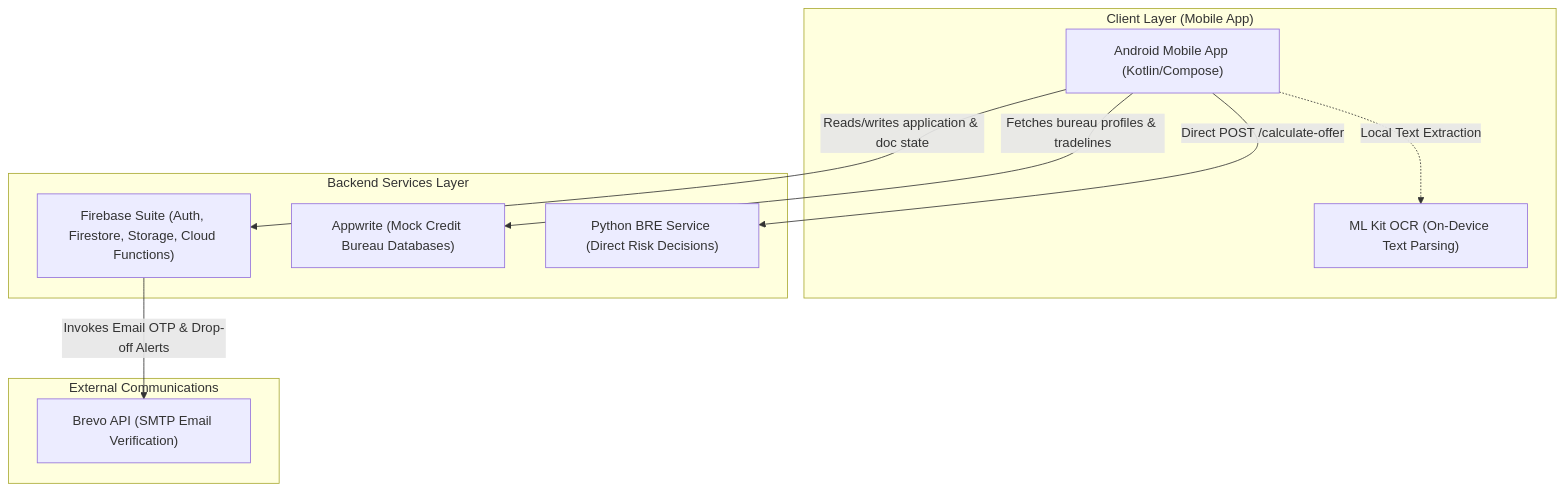
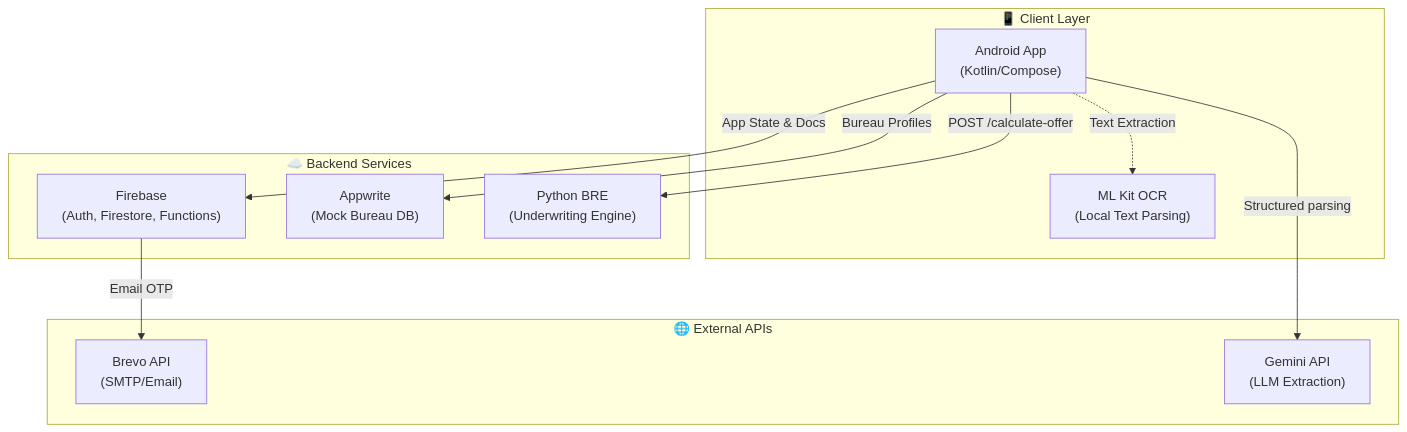
One commit to rupinrd3/LoansAI changed the first of 2 diagrams in README.md. Above: the diagram before and after it, drawn with Mermaid. The commit also changed other lines of this file, not shown here.

````diff
--- a/README.md
+++ b/README.md
@@ -20,23 +38,25 @@
 ```mermaid
 graph TD
-    subgraph "Client Layer (Mobile App)"
-        Android["Android Mobile App (Kotlin/Compose)"]
-        OCR["ML Kit OCR (On-Device Text Parsing)"]
-        Android -.->|"Local Text Extraction"| OCR
+    subgraph "📱 Client Layer"
+        Android["Android App<br/>(Kotlin/Compose)"]
+        OCR["ML Kit OCR<br/>(Local Text Parsing)"]
+        Android -.->|"Text Extraction"| OCR
     end
     
-    subgraph "Backend Services Layer"
-        Firebase["Firebase Suite (Auth, Firestore, Storage, Cloud Functions)"]
-        Appwrite["Appwrite (Mock Credit Bureau Databases)"]
-        BRE["Python BRE Service (Direct Risk Decisions)"]
+    subgraph "☁️ Backend Services"
+        Firebase["Firebase<br/>(Auth, Firestore, Functions)"]
+        Appwrite["Appwrite<br/>(Mock Bureau DB)"]
+        BRE["Python BRE<br/>(Underwriting Engine)"]
     end
     
-    subgraph "External Communications"
-        Brevo["Brevo API (SMTP Email Verification)"]
+    subgraph "🌐 External APIs"
+        Brevo["Brevo API<br/>(SMTP/Email)"]
+        Gemini["Gemini API<br/>(LLM Extraction)"]
     end
     
-    Android -->|"Reads/writes application & doc state"| Firebase
-    Android -->|"Fetches bureau profiles & tradelines"| Appwrite
-    Android -->|"Direct POST /calculate-offer"| BRE
-    Firebase -->|"Invokes Email OTP & Drop-off Alerts"| Brevo
+    Android -->|"App State & Docs"| Firebase
+    Android -->|"Bureau Profiles"| Appwrite
+    Android -->|"POST /calculate-offer"| BRE
+    Android -->|"Structured parsing"| Gemini
+    Firebase -->|"Email OTP"| Brevo
 ```
````
